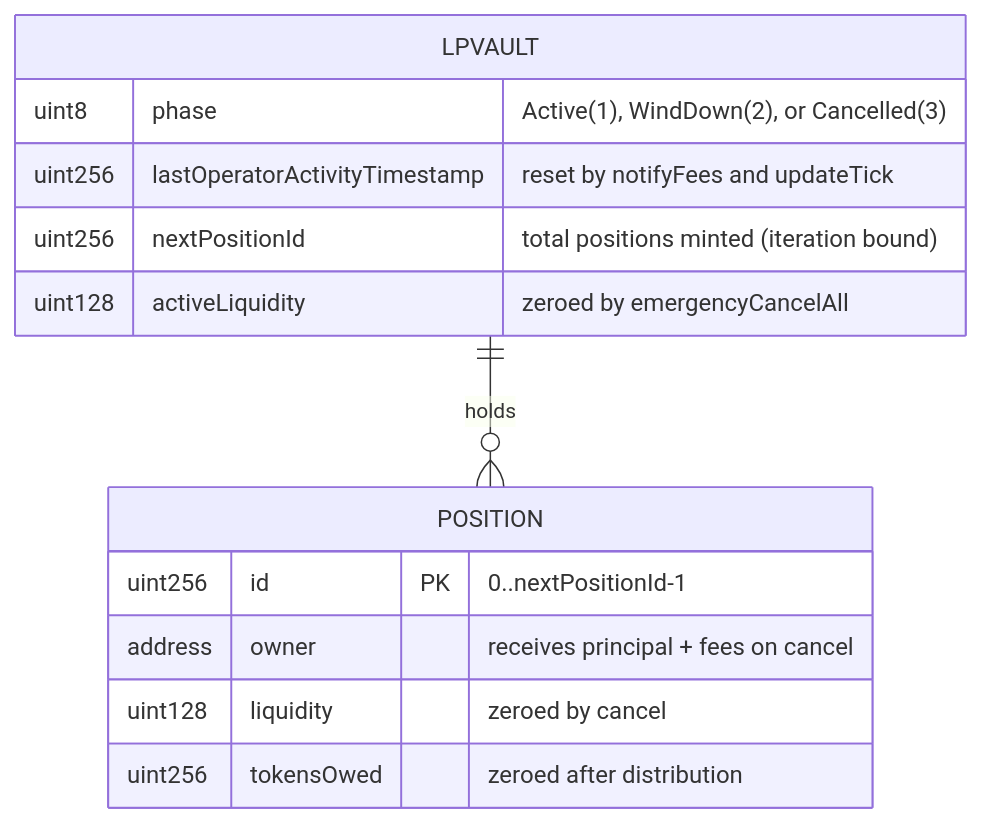
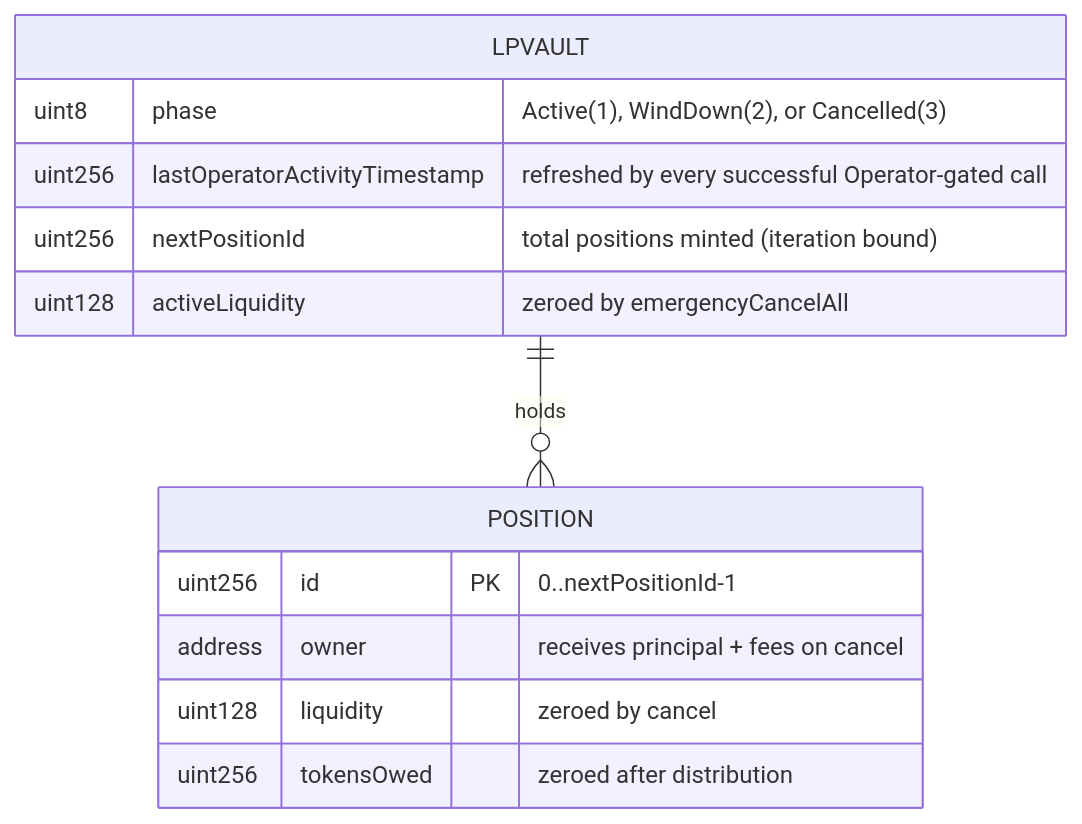
The third of 4 diagrams in specs/features/contracts/FEAT-JXQO-emergency-cancel-all-positions/ARCHITECTURE.md (ProphetMarket/lp-vaults), drawn with Mermaid before and after one commit. The commit also changed other lines of this file and 21 other files, not shown here.

````diff
--- a/specs/features/contracts/FEAT-JXQO-emergency-cancel-all-positions/ARCHITECTURE.md
+++ b/specs/features/contracts/FEAT-JXQO-emergency-cancel-all-positions/ARCHITECTURE.md
@@ -46,16 +46,16 @@
 ```mermaid
 erDiagram
     LPVAULT {
         uint8 phase "Active(1), WindDown(2), or Cancelled(3)"
-        uint256 lastOperatorActivityTimestamp "reset by notifyFees and updateTick"
+        uint256 lastOperatorActivityTimestamp "refreshed by every successful Operator-gated call"
         uint256 nextPositionId "total positions minted (iteration bound)"
         uint128 activeLiquidity "zeroed by emergencyCancelAll"
     }
     LPVAULT ||--o{ POSITION : "holds"
     POSITION {
         uint256 id PK "0..nextPositionId-1"
         address owner "receives principal + fees on cancel"
         uint128 liquidity "zeroed by cancel"
         uint256 tokensOwed "zeroed after distribution"
     }
 ```
````
